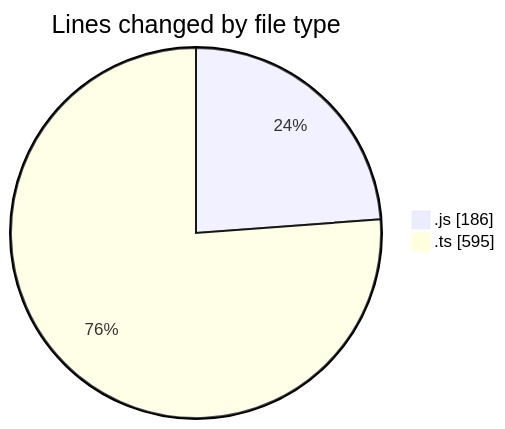
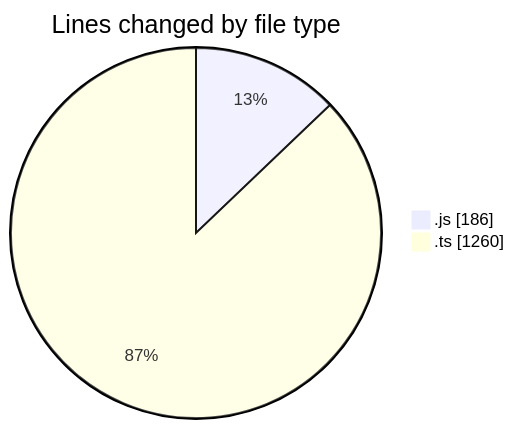
One commit to momahboobian/code-tracking changed the first of 2 diagrams in 2025-05-29/cda/README.md. Above: the diagram before and after it, drawn with Mermaid. The commit also changed other lines of this file and 1 other file, not shown here.

````diff
--- a/2025-05-29/cda/README.md
+++ b/2025-05-29/cda/README.md
@@ -21,6 +21,6 @@
 ```mermaid
 pie showData
 title Lines changed by file type
 ".js" : 186
-".ts" : 595
+".ts" : 1260
 ```
````
